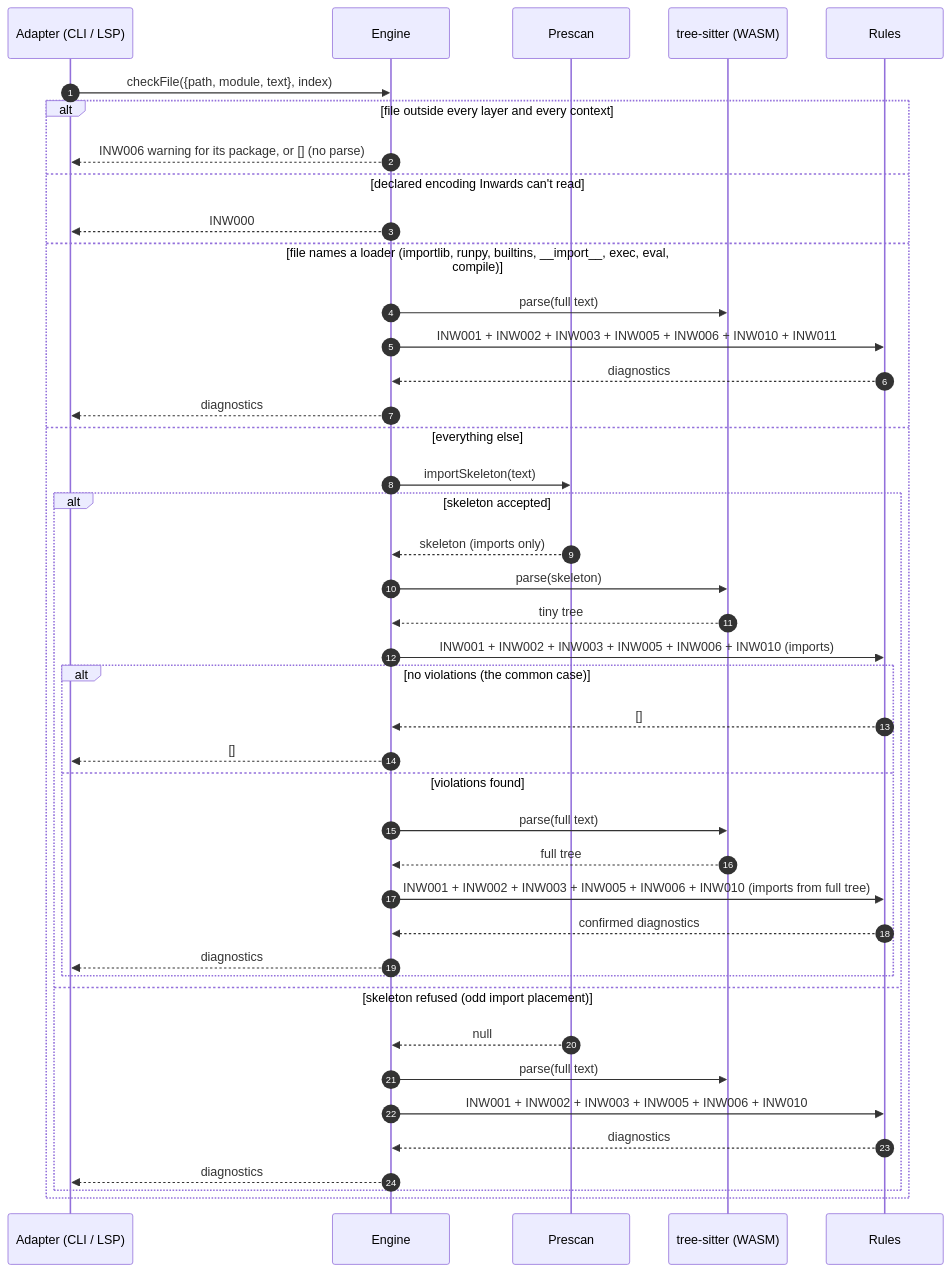
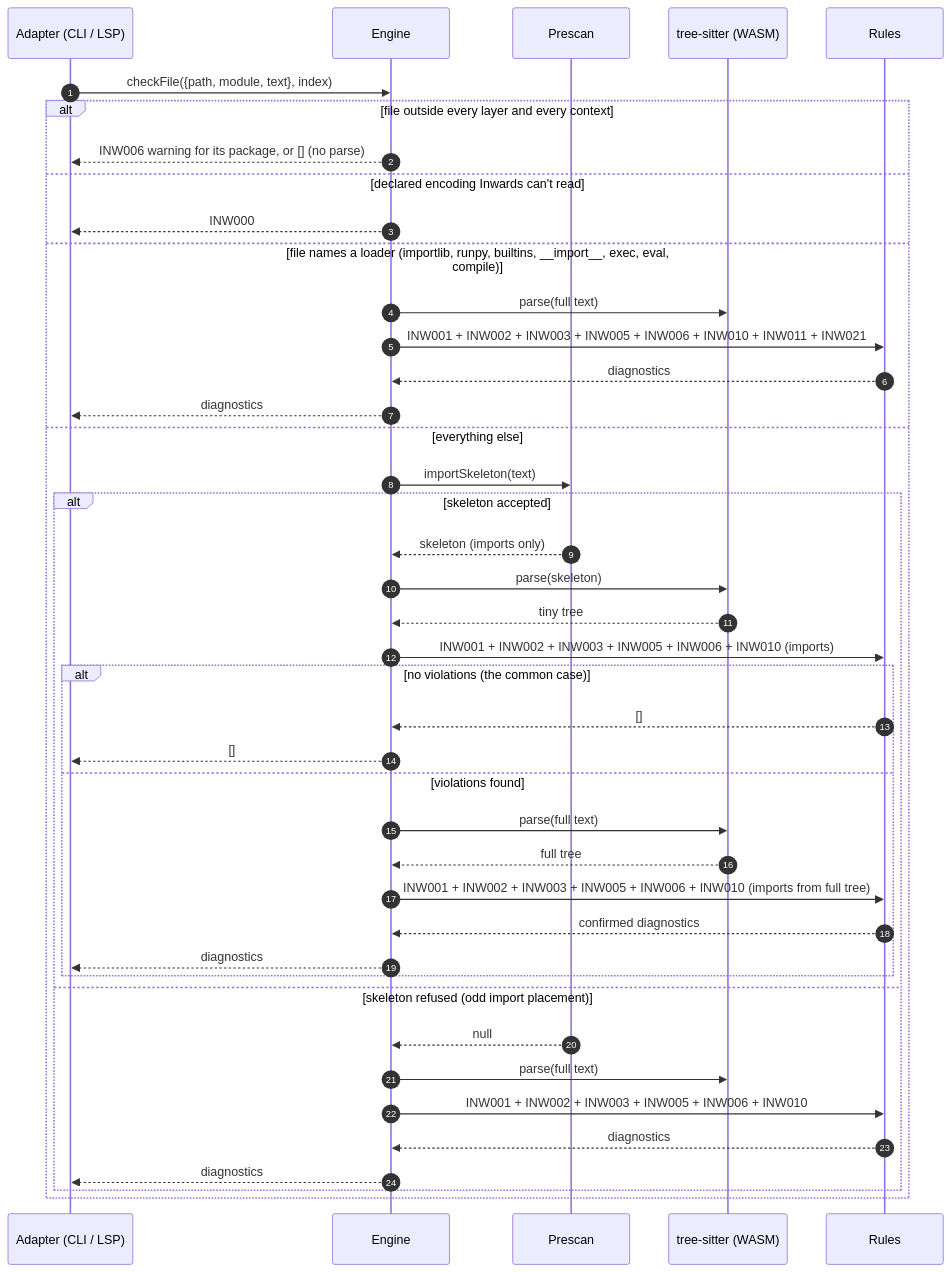
The fourth of 6 diagrams in docs/chapters/03-Architecture-C4.md (SirCypkowskyy/inwards), drawn with Mermaid before and after one commit. The commit also changed other lines of this file and 37 other files, not shown here.

````diff
--- a/docs/chapters/03-Architecture-C4.md
+++ b/docs/chapters/03-Architecture-C4.md
@@ -153,45 +153,45 @@
 ```mermaid
 sequenceDiagram
     autonumber
     participant A as Adapter (CLI / LSP)
     participant E as Engine
     participant P as Prescan
     participant T as tree-sitter (WASM)
     participant R as Rules
 
     A->>E: checkFile({path, module, text}, index)
     alt file outside every layer and every context
         E-->>A: INW006 warning for its package, or [] (no parse)
     else declared encoding Inwards can't read
         E-->>A: INW000
     else file names a loader (importlib, runpy, builtins, __import__, exec, eval, compile)
         E->>T: parse(full text)
-        E->>R: INW001 + INW002 + INW003 + INW005 + INW006 + INW010 + INW011
+        E->>R: INW001 + INW002 + INW003 + INW005 + INW006 + INW010 + INW011 + INW021
         R-->>E: diagnostics
         E-->>A: diagnostics
     else everything else
         E->>P: importSkeleton(text)
         alt skeleton accepted
             P-->>E: skeleton (imports only)
             E->>T: parse(skeleton)
             T-->>E: tiny tree
             E->>R: INW001 + INW002 + INW003 + INW005 + INW006 + INW010 (imports)
             alt no violations (the common case)
                 R-->>E: []
                 E-->>A: []
             else violations found
                 E->>T: parse(full text)
                 T-->>E: full tree
                 E->>R: INW001 + INW002 + INW003 + INW005 + INW006 + INW010 (imports from full tree)
                 R-->>E: confirmed diagnostics
                 E-->>A: diagnostics
             end
         else skeleton refused (odd import placement)
             P-->>E: null
             E->>T: parse(full text)
             E->>R: INW001 + INW002 + INW003 + INW005 + INW006 + INW010
             R-->>E: diagnostics
             E-->>A: diagnostics
         end
     end
 ```
````
